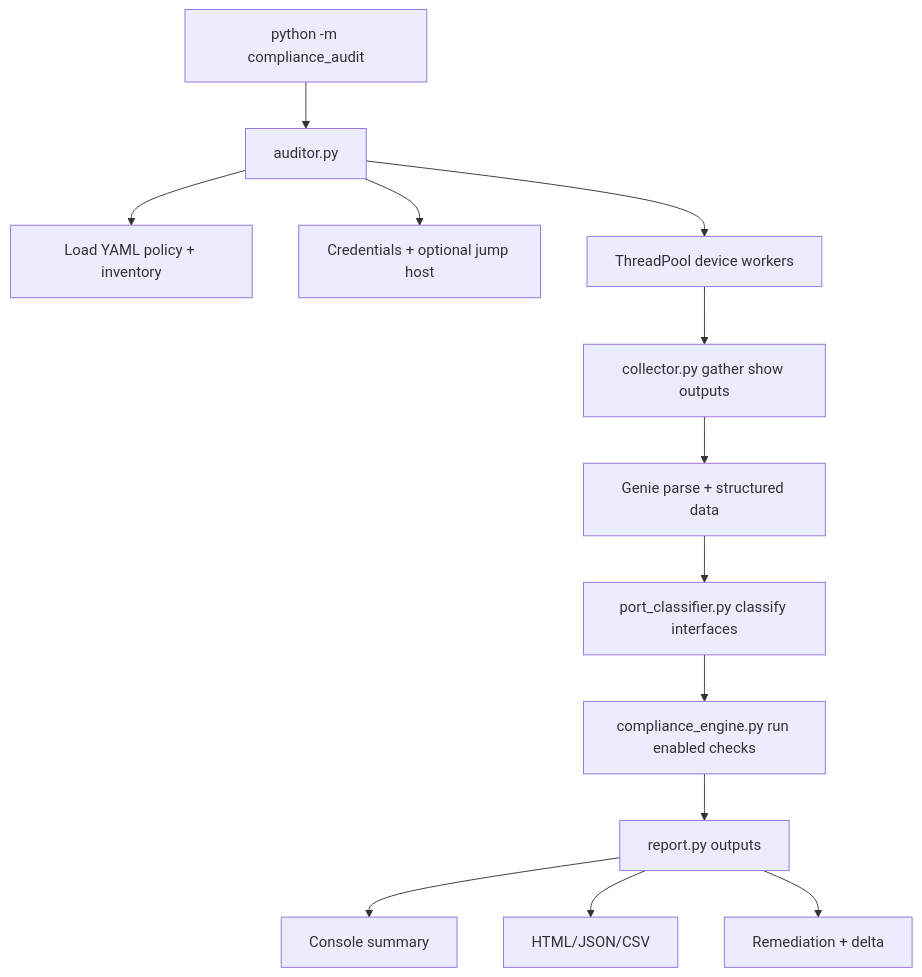
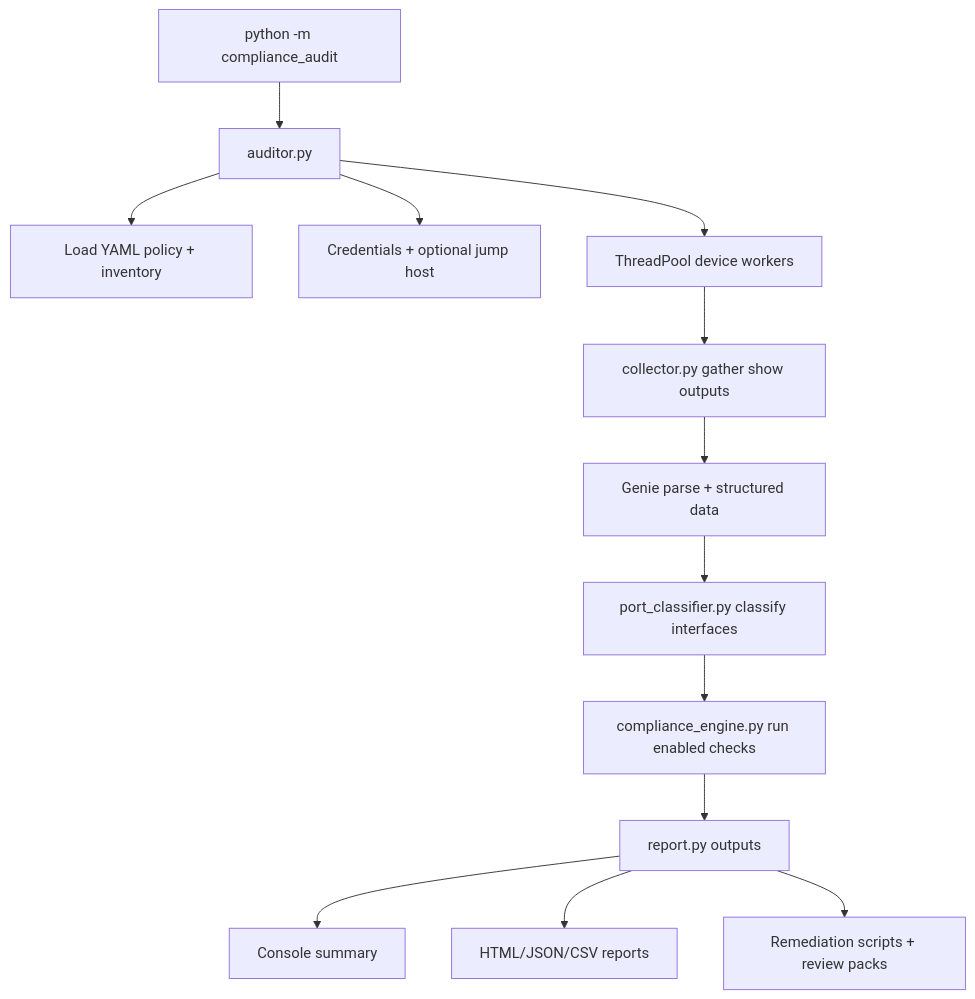
The diagram in docs/deep-dives/cisco-compliance-audit.md (Nautomation-Prime/nautomation-prime.github.io), drawn with Mermaid before and after one commit. The commit also changed other lines of this file and 3 other files, not shown here.

````diff
--- a/docs/deep-dives/cisco-compliance-audit.md
+++ b/docs/deep-dives/cisco-compliance-audit.md
@@ -101,15 +110,15 @@
 ```mermaid
 graph TD
     A[python -m compliance_audit] --> B[auditor.py]
     B --> C[Load YAML policy + inventory]
     B --> D[Credentials + optional jump host]
     B --> E[ThreadPool device workers]
     E --> F[collector.py gather show outputs]
     F --> G[Genie parse + structured data]
     G --> H[port_classifier.py classify interfaces]
     H --> I[compliance_engine.py run enabled checks]
     I --> J[report.py outputs]
     J --> K[Console summary]
-    J --> L[HTML/JSON/CSV]
-    J --> M[Remediation + delta]
+    J --> L[HTML/JSON/CSV reports]
+    J --> M[Remediation scripts + review packs]
 ```
````
